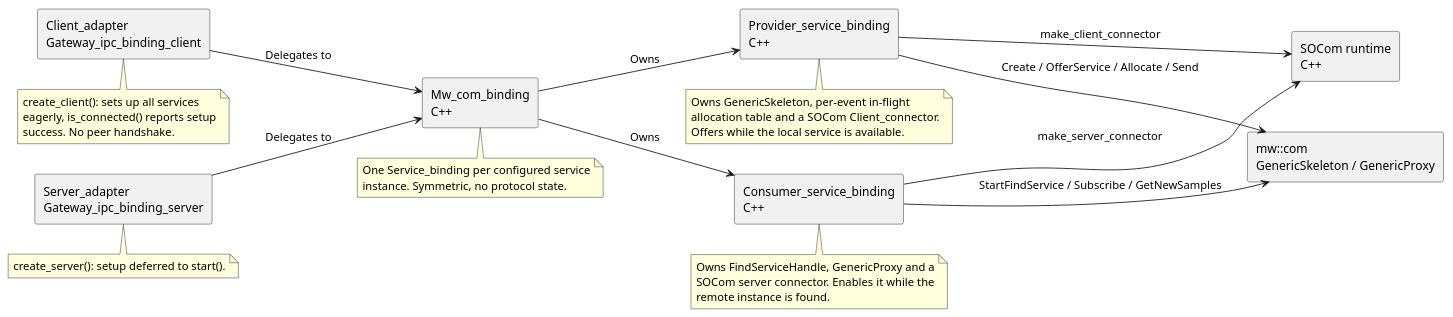
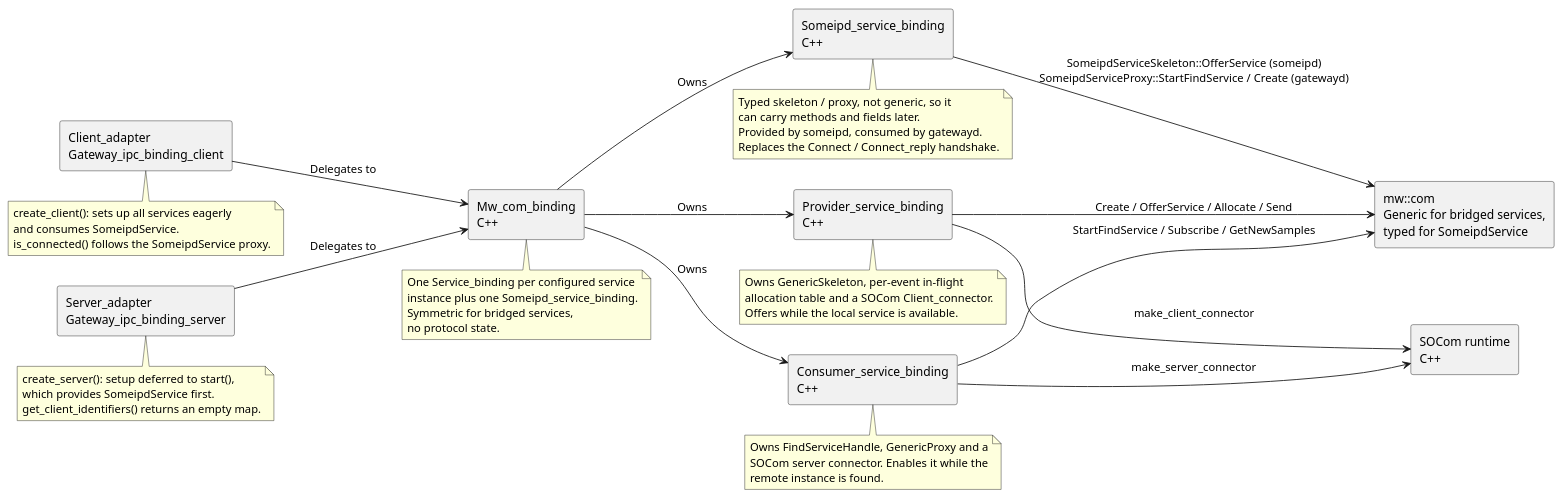
One commit to eclipse-score/inc_someip_gateway changed the diagram in score/gateway_ipc_binding/docs/models/component_diagram_gateway_ipc_binding_mw_com.puml. Above: the diagram before and after it, drawn with PlantUML. The commit also changed 2 other files, not shown here.

Commit message:
Add SomeipdService for checking availability of someipd

```diff
--- a/score/gateway_ipc_binding/docs/models/component_diagram_gateway_ipc_binding_mw_com.puml
+++ b/score/gateway_ipc_binding/docs/models/component_diagram_gateway_ipc_binding_mw_com.puml
@@ -14,48 +14,62 @@
 @startuml
 left to right direction
 skinparam componentStyle rectangle
 
 component "Client_adapter\nGateway_ipc_binding_client" as client
 component "Server_adapter\nGateway_ipc_binding_server" as server
 component "Mw_com_binding\nC++" as binding
 component "Provider_service_binding\nC++" as provider
 component "Consumer_service_binding\nC++" as consumer
+component "Someipd_service_binding\nC++" as sdsvc
 component "SOCom runtime\nC++" as runtime
-component "mw::com\nGenericSkeleton / GenericProxy" as mwcom
+component "mw::com\nGeneric for bridged services,\ntyped for SomeipdService" as mwcom
 
 note bottom of client
-  create_client(): sets up all services
-  eagerly, is_connected() reports setup
-  success. No peer handshake.
+  create_client(): sets up all services eagerly
+  and consumes SomeipdService.
+  is_connected() follows the SomeipdService proxy.
 end note
 
 note bottom of server
-  create_server(): setup deferred to start().
+  create_server(): setup deferred to start(),
+  which provides SomeipdService first.
+  get_client_identifiers() returns an empty map.
 end note
 
 note bottom of binding
   One Service_binding per configured service
-  instance. Symmetric, no protocol state.
+  instance plus one Someipd_service_binding.
+  Symmetric for bridged services,
+  no protocol state.
+end note
+
+note bottom of sdsvc
+  Typed skeleton / proxy, not generic, so it
+  can carry methods and fields later.
+  Provided by someipd, consumed by gatewayd.
+  Replaces the Connect / Connect_reply handshake.
 end note
 
 note bottom of provider
   Owns GenericSkeleton, per-event in-flight
   allocation table and a SOCom Client_connector.
   Offers while the local service is available.
 end note
 
 note bottom of consumer
   Owns FindServiceHandle, GenericProxy and a
   SOCom server connector. Enables it while the
   remote instance is found.
 end note
 
 client --> binding : Delegates to
 server --> binding : Delegates to
 binding --> provider : Owns
 binding --> consumer : Owns
+binding --> sdsvc : Owns
 provider --> runtime : make_client_connector
 consumer --> runtime : make_server_connector
 provider --> mwcom : Create / OfferService / Allocate / Send
 consumer --> mwcom : StartFindService / Subscribe / GetNewSamples
+sdsvc --> mwcom : SomeipdServiceSkeleton::OfferService (someipd)\nSomeipdServiceProxy::StartFindService / Create (gatewayd)
 @enduml
```
